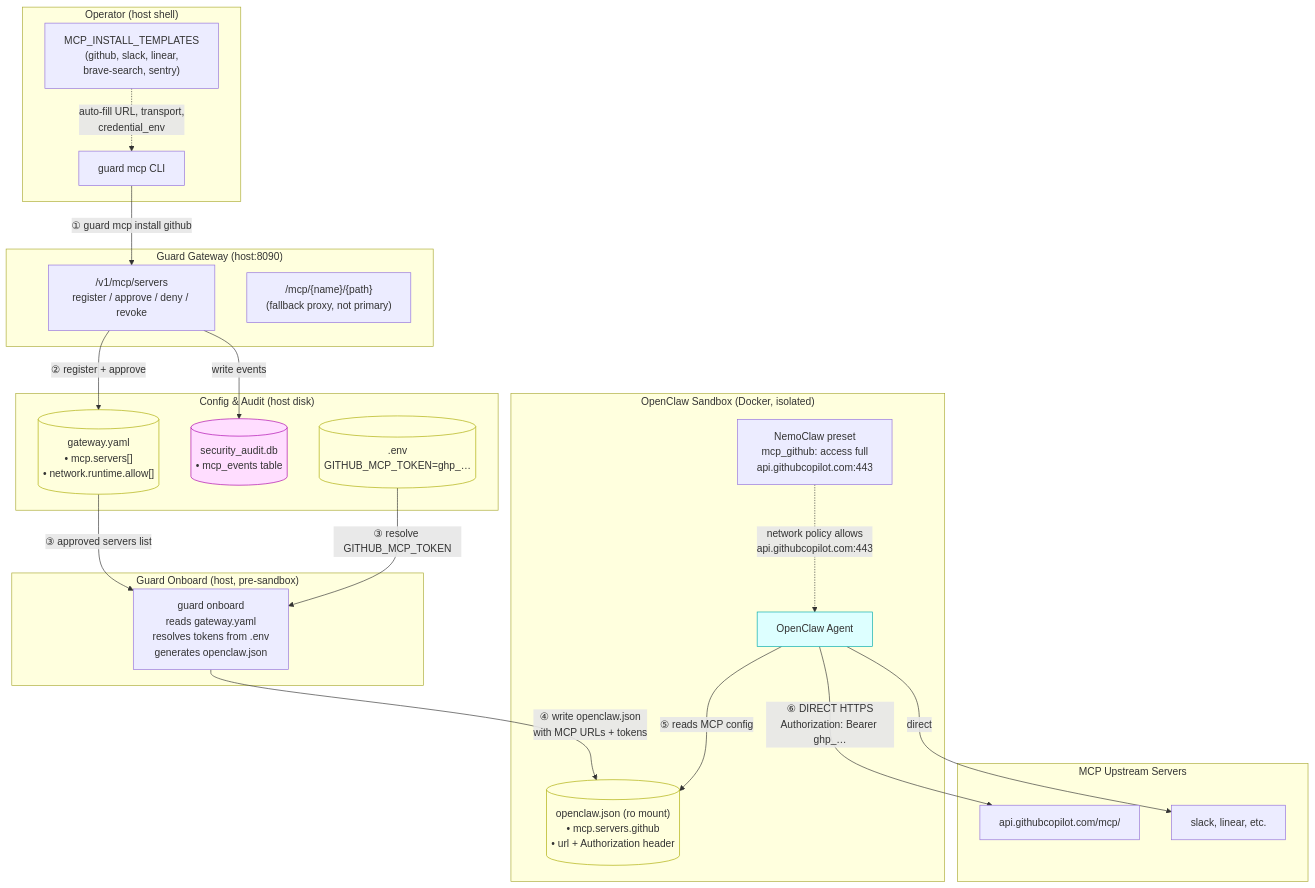
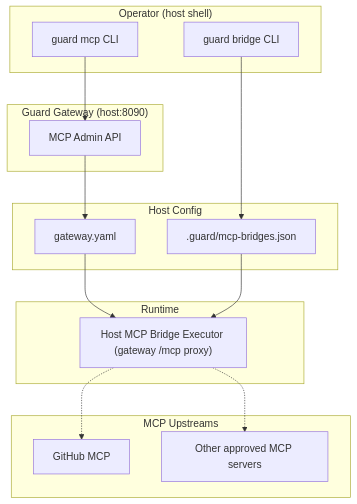
Before and after one commit to bforecast/openclaw-guard: the fourth of 4 diagrams in implementation_plan.md, drawn with Mermaid. The commit also changed other lines of this file and 9 other files, not shown here.

Commit message:
Promote native MCP bridge workflow

````diff
--- a/implementation_plan.md
+++ b/implementation_plan.md
@@ -386,57 +440,33 @@
 ```mermaid
 flowchart TB
-    subgraph Operator ["Operator (host shell)"]
+    subgraph Operator["Operator (host shell)"]
         CLI["guard mcp CLI"]
-        Templates["MCP_INSTALL_TEMPLATES\n(github, slack, linear,\nbrave-search, sentry)"]
+        BridgeCLI["guard bridge CLI"]
     end
 
-    subgraph Gateway ["Guard Gateway  (host:8090)"]
-        AdminAPI["/v1/mcp/servers\nregister / approve / deny / revoke"]
-        ProxyEngine["/mcp/{name}/{path}\n(fallback proxy, not primary)"]
+    subgraph Gateway["Guard Gateway (host:8090)"]
+        AdminAPI["MCP Admin API"]
     end
 
-    subgraph Config ["Config & Audit  (host disk)"]
-        GwYaml[("gateway.yaml\n• mcp.servers[]\n• network.runtime.allow[]")]
-        AuditDB[("security_audit.db\n• mcp_events table")]
-        DotEnv[(".env\nGITHUB_MCP_TOKEN=ghp_…")]
+    subgraph Config["Host Config"]
+        GwYaml["gateway.yaml"]
+        BridgeState[".guard/mcp-bridges.json"]
     end
 
-    subgraph Onboard ["Guard Onboard (host, pre-sandbox)"]
-        OnboardPy["guard onboard\nreads gateway.yaml\nresolves tokens from .env\ngenerates openclaw.json"]
+    subgraph Runtime["Runtime"]
+        Exec["Host MCP Bridge Executor (gateway /mcp proxy)"]
     end
 
-    subgraph Sandbox ["OpenClaw Sandbox  (Docker, isolated)"]
-        OC["OpenClaw Agent"]
-        OCJson[("openclaw.json (ro mount)\n• mcp.servers.github\n• url + Authorization header")]
-        Preset["NemoClaw preset\nmcp_github: access full\napi.githubcopilot.com:443"]
+    subgraph Upstream["MCP Upstreams"]
+        GH["GitHub MCP"]
+        Other["Other approved MCP servers"]
     end
 
-    subgraph Upstream ["MCP Upstream Servers"]
-        GH["api.githubcopilot.com/mcp/"]
-        OtherMCP["slack, linear, etc."]
-    end
-
-    %% Operator → Gateway (admin)
-    CLI -->|"① guard mcp install github"| AdminAPI
-    Templates -.->|"auto-fill URL, transport,\ncredential_env"| CLI
-    AdminAPI -->|"② register + approve"| GwYaml
-    AdminAPI -->|"write events"| AuditDB
-
-    %% Onboard reads config, resolves tokens, writes openclaw.json
-    GwYaml -->|"③ approved servers list"| OnboardPy
-    DotEnv -->|"③ resolve GITHUB_MCP_TOKEN"| OnboardPy
-    OnboardPy -->|"④ write openclaw.json\nwith MCP URLs + tokens"| OCJson
-
-    %% Sandbox direct access to MCP
-    OC -->|"⑤ reads MCP config"| OCJson
-    OC -->|"⑥ DIRECT HTTPS\nAuthorization: Bearer ghp_…"| GH
-    OC -->|"direct"| OtherMCP
-    Preset -.->|"network policy allows\napi.githubcopilot.com:443"| OC
-
-    classDef config fill:#ffd,stroke:#aa0
-    classDef audit fill:#fdf,stroke:#a0a
-    classDef sandbox fill:#dff,stroke:#0aa
-    class GwYaml,DotEnv,OCJson config
-    class AuditDB audit
-    class OC sandbox
+    CLI --> AdminAPI
+    BridgeCLI --> BridgeState
+    AdminAPI --> GwYaml
+    GwYaml --> Exec
+    BridgeState --> Exec
+    Exec -.-> GH
+    Exec -.-> Other
 ```
````
